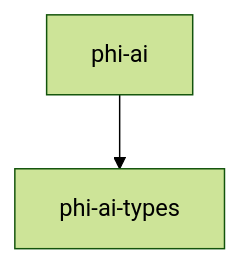
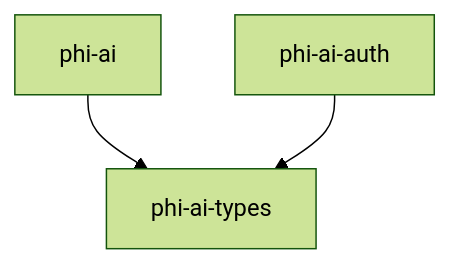
One commit to y0usaf/phi changed the diagram in ARCHITECTURE.md. Above: the diagram before and after it, drawn with Mermaid (forest theme). The commit also changed other lines of this file and 17 other files, not shown here.

````diff
--- a/ARCHITECTURE.md
+++ b/ARCHITECTURE.md
@@ -14,4 +14,5 @@
 ```mermaid
 graph TD
   phi_ai["phi-ai"] --> phi_ai_types["phi-ai-types"]
+  phi_ai_auth["phi-ai-auth"] --> phi_ai_types["phi-ai-types"]
 ```
````
